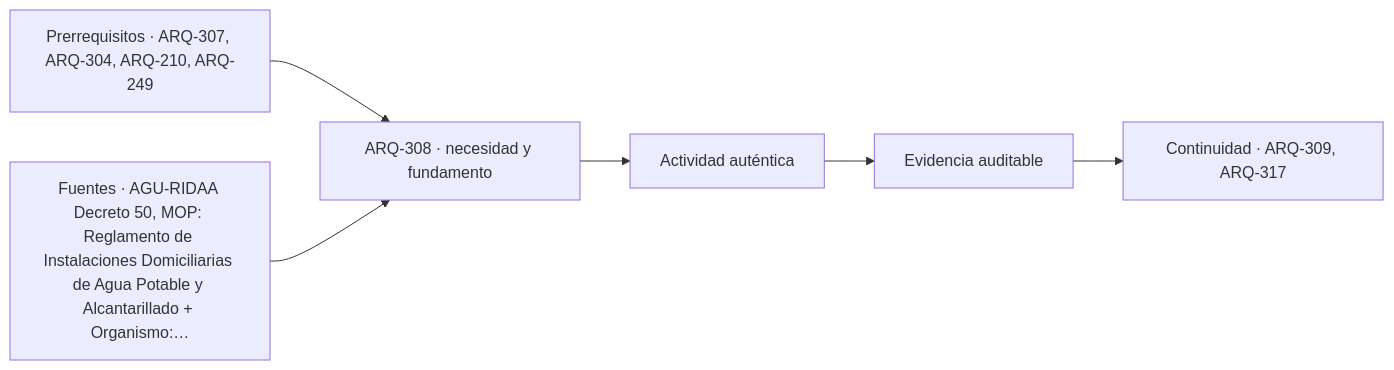
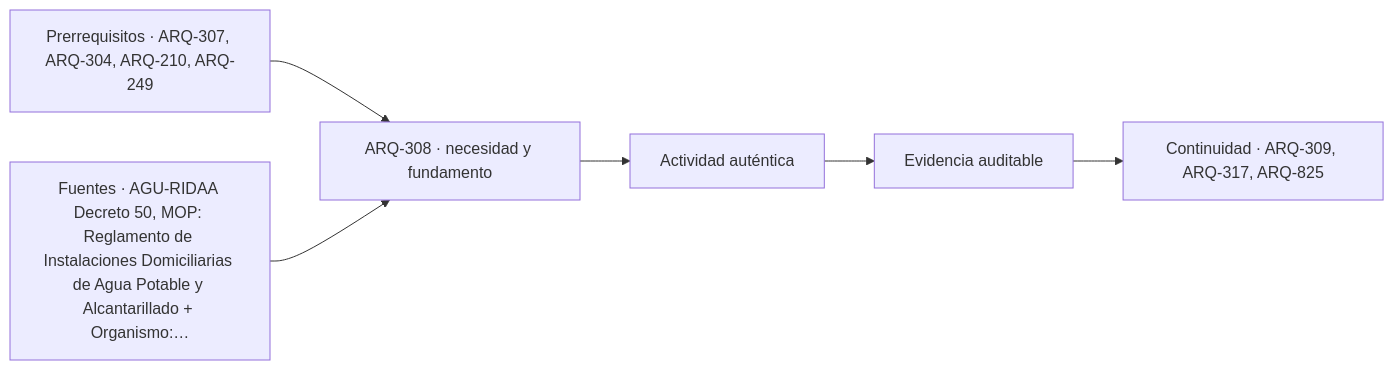
The diagram in classes/parte-31/ARQ-308.md (vladimiracunadev-create/architecture-built-environment-learning-program), drawn with Mermaid before and after one commit. The commit also changed other lines of this file and 234 other files, not shown here.

````diff
--- a/classes/parte-31/ARQ-308.md
+++ b/classes/parte-31/ARQ-308.md
@@ -131,8 +131,8 @@
 ```mermaid
 flowchart LR
     A["Prerrequisitos · ARQ-307, ARQ-304, ARQ-210, ARQ-249"] --> B["ARQ-308 · necesidad y fundamento"]
     S["Fuentes · AGU-RIDAA Decreto 50, MOP: Reglamento de Instalaciones Domiciliarias de Agua Potable y Alcantarillado + Organismo:…"] --> B
     B --> C["Actividad auténtica"]
     C --> D["Evidencia auditable"]
-    D --> E["Continuidad · ARQ-309, ARQ-317"]
+    D --> E["Continuidad · ARQ-309, ARQ-317, ARQ-825"]
 ```
````
